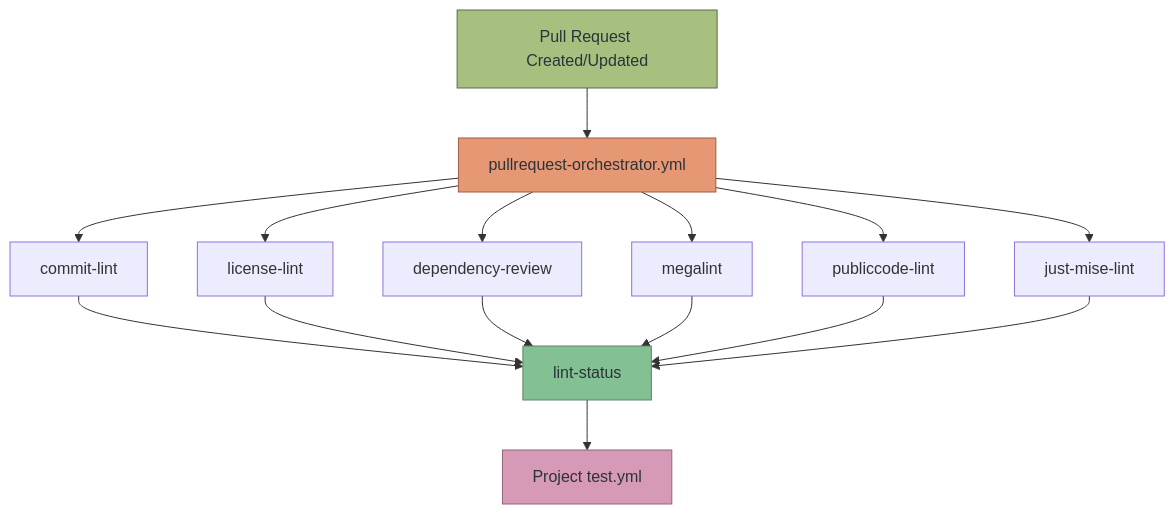
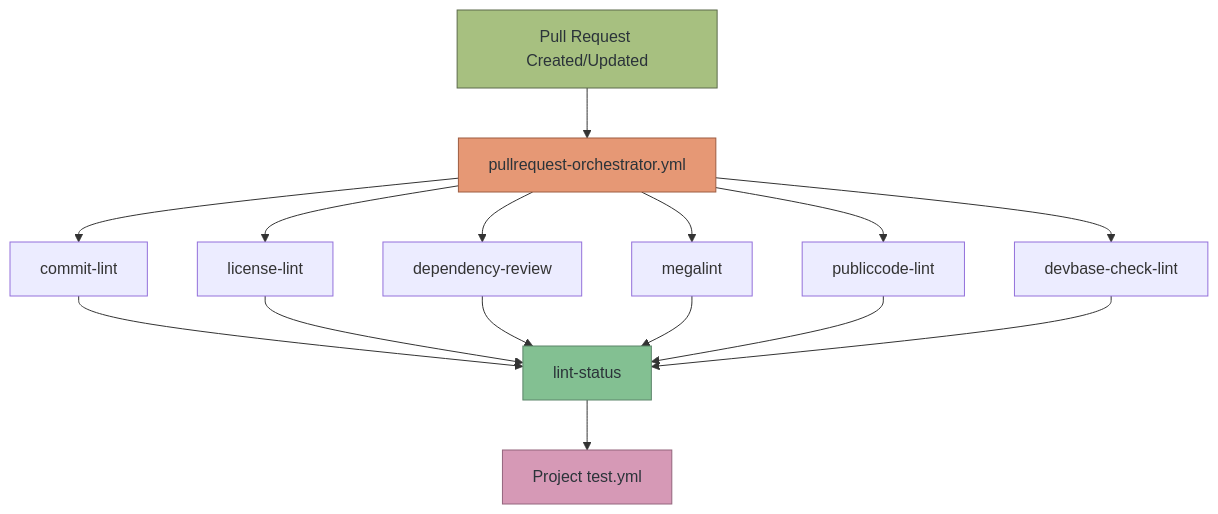
One commit to diggsweden/reusable-ci changed the first of 6 diagrams in docs/workflows.md. Above: the diagram before and after it, drawn with Mermaid. The commit also changed 6 other files, not shown here.

````diff
--- a/docs/workflows.md
+++ b/docs/workflows.md
@@ -11,22 +11,22 @@
 ```mermaid
 graph TD
     A[Pull Request Created/Updated] --> B[pullrequest-orchestrator.yml]
     B --> C[commit-lint]
     B --> D[license-lint]
     B --> E[dependency-review]
     B --> F[megalint]
     B --> G[publiccode-lint]
-    B --> J[just-mise-lint]
+    B --> K[devbase-check-lint]
     C --> H[lint-status]
     D --> H
     E --> H
     F --> H
     G --> H
-    J --> H
+    K --> H
     H --> I[Project test.yml]
 
     style A fill:#a7c080,stroke:#5c6a4a,color:#2b3339
     style B fill:#e69875,stroke:#9d5c41,color:#2b3339
     style H fill:#83c092,stroke:#5c856a,color:#2b3339
     style I fill:#d699b6,stroke:#93647c,color:#2b3339
 ```
````
